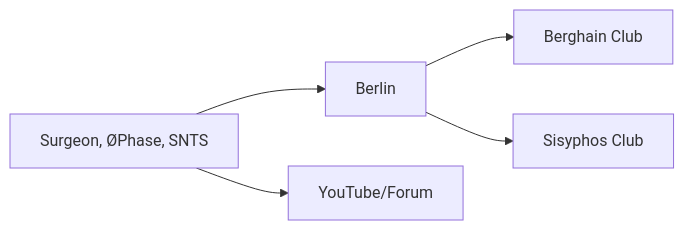
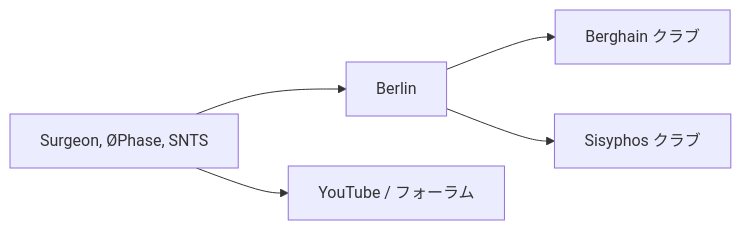
The third of 12 diagrams in en/_posts/2025-11-30-column-modular-techno.md (monumental-movement/monumental-movement.github.io), drawn with Mermaid before and after one commit. The commit also changed other lines of this file and 2196 other files, not shown here.

```diff
--- a/en/_posts/2025-11-30-column-modular-techno.md
+++ b/en/_posts/2025-11-30-column-modular-techno.md
@@ -82,7 +82,7 @@
 <div class="mermaid">
 graph LR
-    Berlin --> Berghain[Berghain Club]
-    Berlin --> Sisyphos[Sisyphos Club]
+    Berlin --> Berghain[Berghain クラブ]
+    Berlin --> Sisyphos[Sisyphos クラブ]
     Artist[Surgeon, ØPhase, SNTS] --> Berlin
-    Artist --> Online[YouTube/Forum]
+    Artist --> Online[YouTube / フォーラム]
 </div>
```
